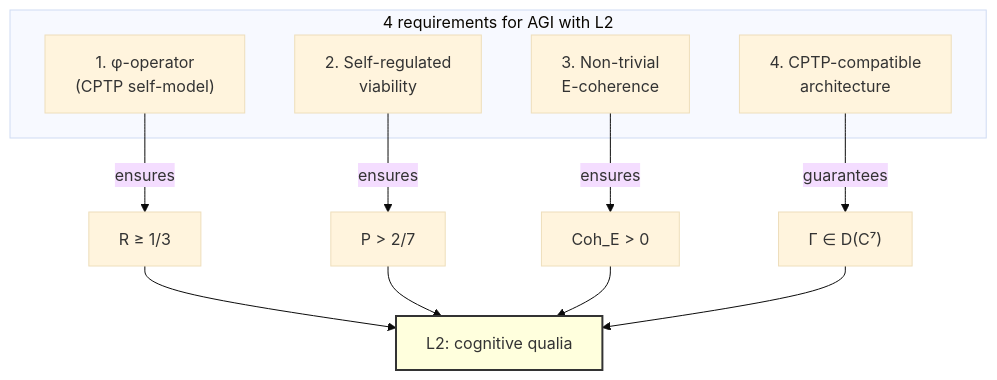
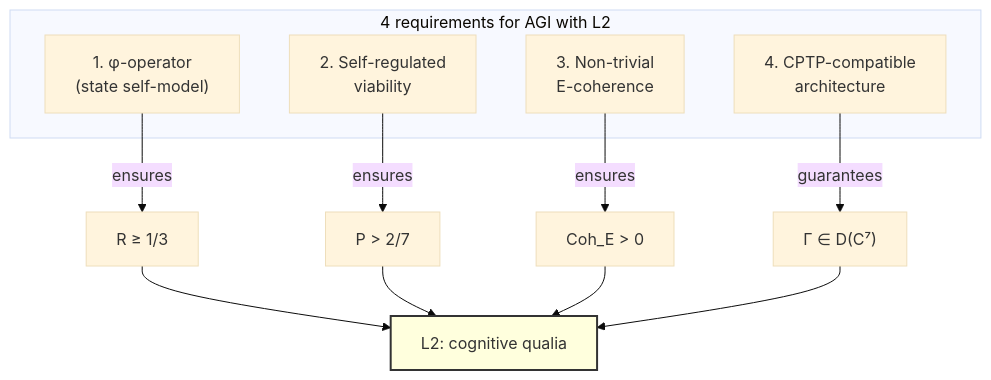
The diagram in website/docs/consciousness/subjects/ai-consciousness.md (gst-st/uhm), drawn with Mermaid (base theme) before and after one commit. The commit also changed other lines of this file and 248 other files, not shown here.

````diff
--- a/website/docs/consciousness/subjects/ai-consciousness.md
+++ b/website/docs/consciousness/subjects/ai-consciousness.md
@@ -221,18 +105,18 @@
 ```mermaid
 graph TB
     subgraph "4 requirements for AGI with L2"
-        PHI["1. φ-operator<br/>(CPTP self-model)"]
+        PHI["1. φ-operator<br/>(state self-model)"]
         VIA["2. Self-regulated<br/>viability"]
         COH["3. Non-trivial<br/>E-coherence"]
         ANC["4. CPTP-compatible<br/>architecture"]
     end
     PHI -->|"ensures"| R["R ≥ 1/3"]
     VIA -->|"ensures"| P["P > 2/7"]
     COH -->|"ensures"| E["Coh_E > 0"]
     ANC -->|"guarantees"| CPTP["Γ ∈ D(C⁷)"]
     R --> L2["L2: cognitive qualia"]
     P --> L2
     E --> L2
     CPTP --> L2
     style L2 fill:#ffd,stroke:#333,stroke-width:2px
 ```
````
